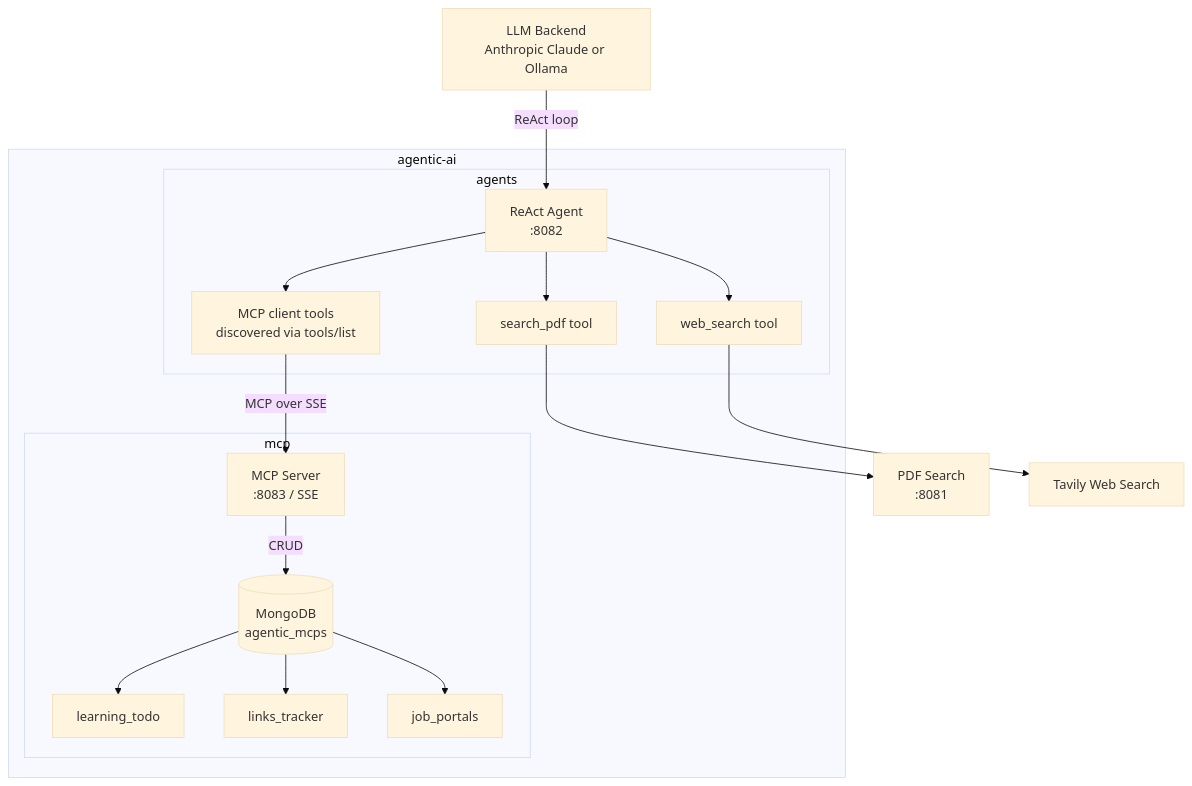
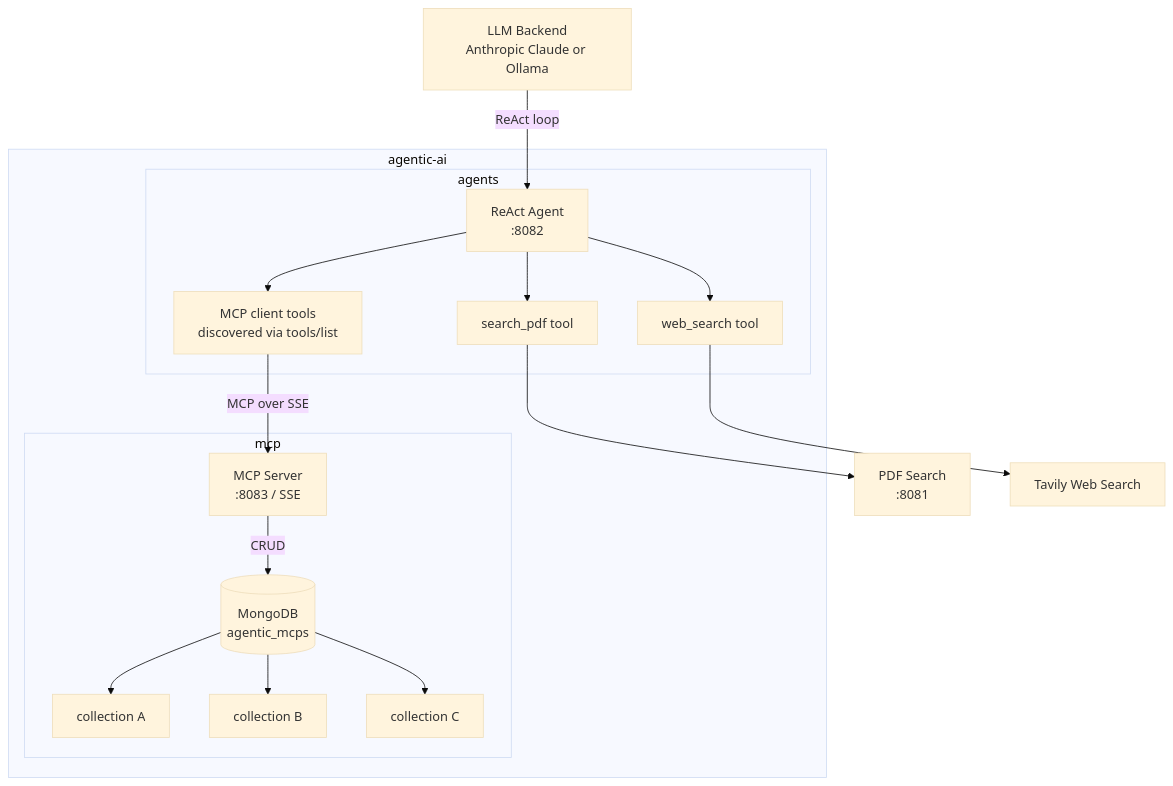
Before and after one commit to dharmendrra/agentic-ai: the first of 2 diagrams in README.md, drawn with Mermaid (base theme). The commit also changed 1 other file, not shown here.

Commit message:
docs: genericize example collection names in architecture diagrams
The MCP server is general-purpose — it operates on any collection and
document shape. Replace the personal example collection names
(learning_todo / links_tracker / job_portals) with neutral placeholders
(collection A/B/C) so the diagrams read as schema-agnostic.

````diff
--- a/README.md
+++ b/README.md
@@ -21,28 +21,28 @@
 ```mermaid
 graph TD
     subgraph agentic-ai
         subgraph agents
             A[ReAct Agent<br/>:8082]
             T1[search_pdf tool]
             T2[web_search tool]
             T3[MCP client tools<br/>discovered via tools/list]
         end
 
         subgraph mcp
             M[MCP Server<br/>:8083 / SSE]
             DB[(MongoDB<br/>agentic_mcps)]
-            C1[learning_todo]
-            C2[links_tracker]
-            C3[job_portals]
+            C1[collection A]
+            C2[collection B]
+            C3[collection C]
         end
     end
 
     LLM[LLM Backend<br/>Anthropic Claude or Ollama] -->|ReAct loop| A
     A --> T1 --> PDF[PDF Search<br/>:8081]
     A --> T2 --> Web[Tavily Web Search]
     A --> T3 -->|MCP over SSE| M
     M -->|CRUD| DB
     DB --> C1
     DB --> C2
     DB --> C3
 ```
````
